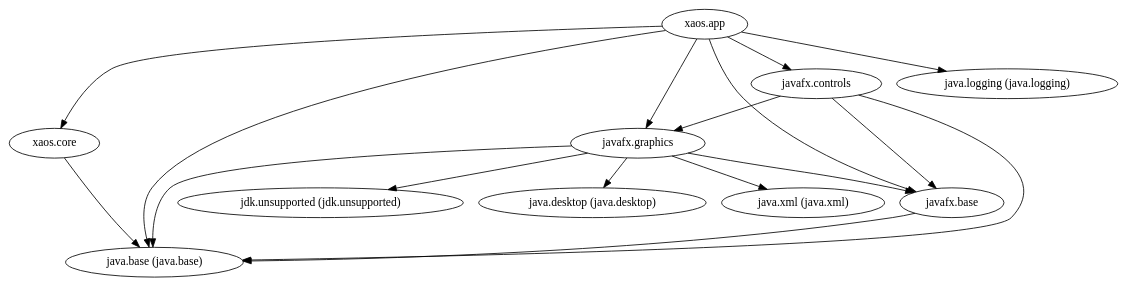
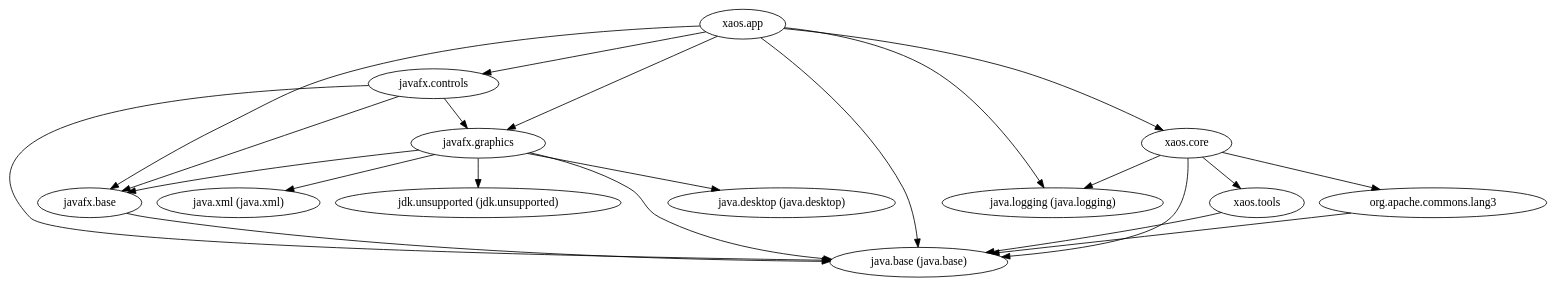
Before and after one commit to ESSICS/XAOS: the diagram in xaos.app.module/doc/module-dependencies.dot, drawn with Graphviz. The commit also changed 61 other files, not shown here.

```diff
--- a/xaos.app.module/doc/module-dependencies.dot
+++ b/xaos.app.module/doc/module-dependencies.dot
@@ -1,18 +1,23 @@
 digraph "summary" {
+  "org.apache.commons.lang3"                         -> "java.base (java.base)";
   "xaos.core"                                        -> "java.base (java.base)";
+  "xaos.core"                                        -> "java.logging (java.logging)";
+  "xaos.core"                                        -> "org.apache.commons.lang3";
+  "xaos.core"                                        -> "xaos.tools";
   "javafx.graphics"                                  -> "java.base (java.base)";
   "javafx.graphics"                                  -> "java.desktop (java.desktop)";
   "javafx.graphics"                                  -> "java.xml (java.xml)";
   "javafx.graphics"                                  -> "javafx.base";
   "javafx.graphics"                                  -> "jdk.unsupported (jdk.unsupported)";
   "javafx.controls"                                  -> "java.base (java.base)";
   "javafx.controls"                                  -> "javafx.base";
   "javafx.controls"                                  -> "javafx.graphics";
+  "xaos.tools"                                       -> "java.base (java.base)";
   "javafx.base"                                      -> "java.base (java.base)";
   "xaos.app"                                         -> "java.base (java.base)";
   "xaos.app"                                         -> "java.logging (java.logging)";
   "xaos.app"                                         -> "javafx.base";
   "xaos.app"                                         -> "javafx.controls";
   "xaos.app"                                         -> "javafx.graphics";
   "xaos.app"                                         -> "xaos.core";
 }
```
